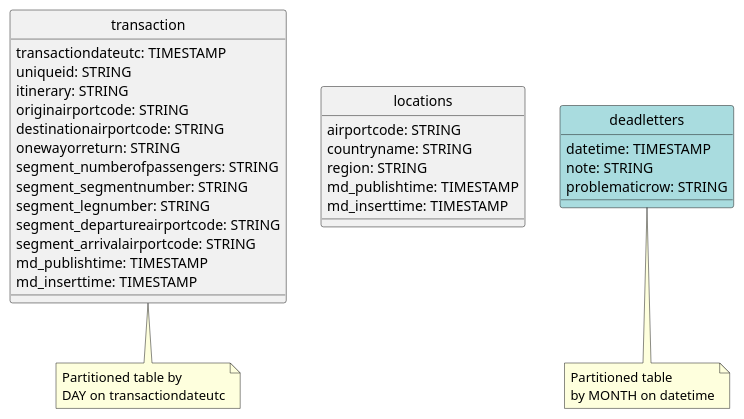
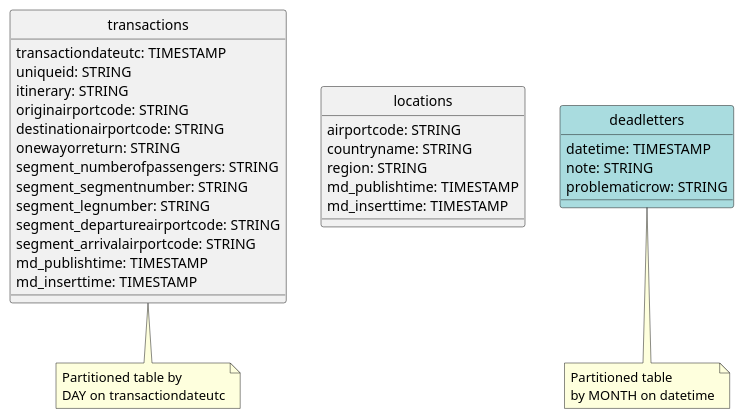
The diagram in Phase2/EntityRelationshipDiagram.iuml (motazalratta/de-assessments), drawn with PlantUML before and after one commit.

```diff
--- a/Phase2/EntityRelationshipDiagram.iuml
+++ b/Phase2/EntityRelationshipDiagram.iuml
@@ -1,41 +1,41 @@
 @startuml
 hide circle
-entity "transaction" {
+entity "transactions" {
     transactiondateutc: TIMESTAMP
     uniqueid: STRING
     itinerary: STRING
     originairportcode: STRING
     destinationairportcode: STRING
     onewayorreturn: STRING
     segment_numberofpassengers: STRING
     segment_segmentnumber: STRING
     segment_legnumber: STRING
     segment_departureairportcode: STRING
     segment_arrivalairportcode: STRING
     md_publishtime: TIMESTAMP
     md_inserttime: TIMESTAMP
 }
 note bottom
 Partitioned table by
 DAY on transactiondateutc
 end note
 
 entity locations {
     airportcode: STRING
     countryname: STRING
     region: STRING
     md_publishtime: TIMESTAMP
     md_inserttime: TIMESTAMP
 }
 
 entity deadletters #A9DCDF{
     datetime: TIMESTAMP
     note: STRING
     problematicrow: STRING
 }
 note bottom
 Partitioned table 
 by MONTH on datetime
 end note
 
 @enduml
```
